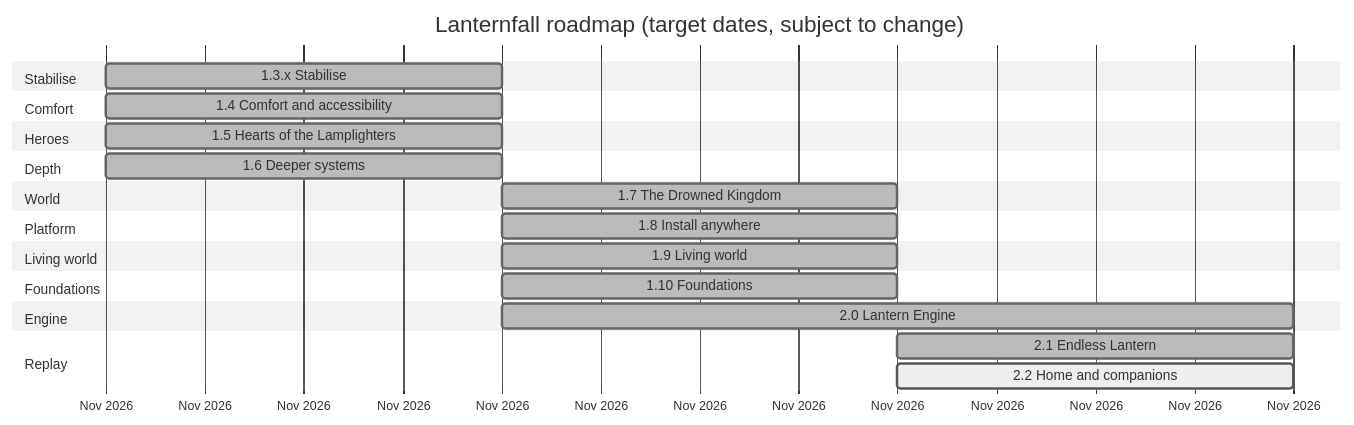
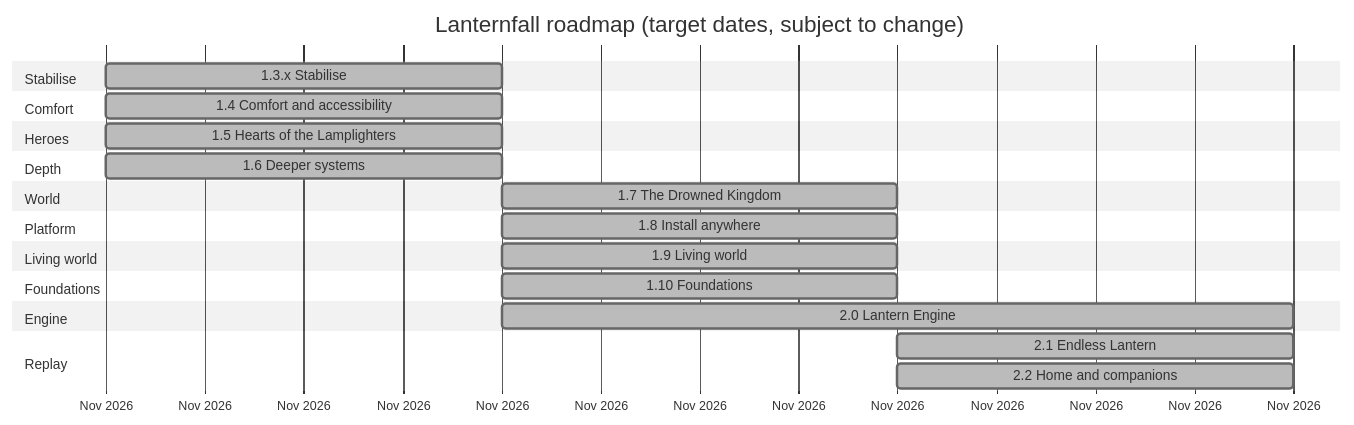
The third of 13 diagrams in ROADMAP.md (CptNope/Laternfall), drawn with Mermaid (neutral theme) before and after one commit. The commit also changed other lines of this file and 4 other files, not shown here.

First line of the commit message:
Release 2.2.0: changelog, roadmap and desktop version

````diff
--- a/ROADMAP.md
+++ b/ROADMAP.md
@@ -99,27 +99,27 @@
 ```mermaid
 gantt
     title Lanternfall roadmap (target dates, subject to change)
     dateFormat YYYY-MM-DD
     axisFormat %b %Y
     section Stabilise
     1.3.x Stabilise                  :done, m13, 2026-11-23, 1d
     section Comfort
     1.4 Comfort and accessibility    :done, m14, 2026-11-23, 1d
     section Heroes
     1.5 Hearts of the Lamplighters   :done, m15, 2026-11-23, 1d
     section Depth
     1.6 Deeper systems               :done, m16, 2026-11-23, 1d
     section World
     1.7 The Drowned Kingdom          :done, m17, 2026-11-24, 1d
     section Platform
     1.8 Install anywhere             :done, m18, 2026-11-24, 1d
     section Living world
     1.9 Living world                 :done, m19, 2026-11-24, 1d
     section Foundations
     1.10 Foundations                 :done, m110, 2026-11-24, 1d
     section Engine
     2.0 Lantern Engine               :done, m20, 2026-11-24, 2d
     section Replay
     2.1 Endless Lantern              :done, m21, 2026-11-25, 1d
-    2.2 Home and companions          :active, m22, 2026-11-25, 1d
+    2.2 Home and companions          :done, m22, 2026-11-25, 1d
 ```
````
